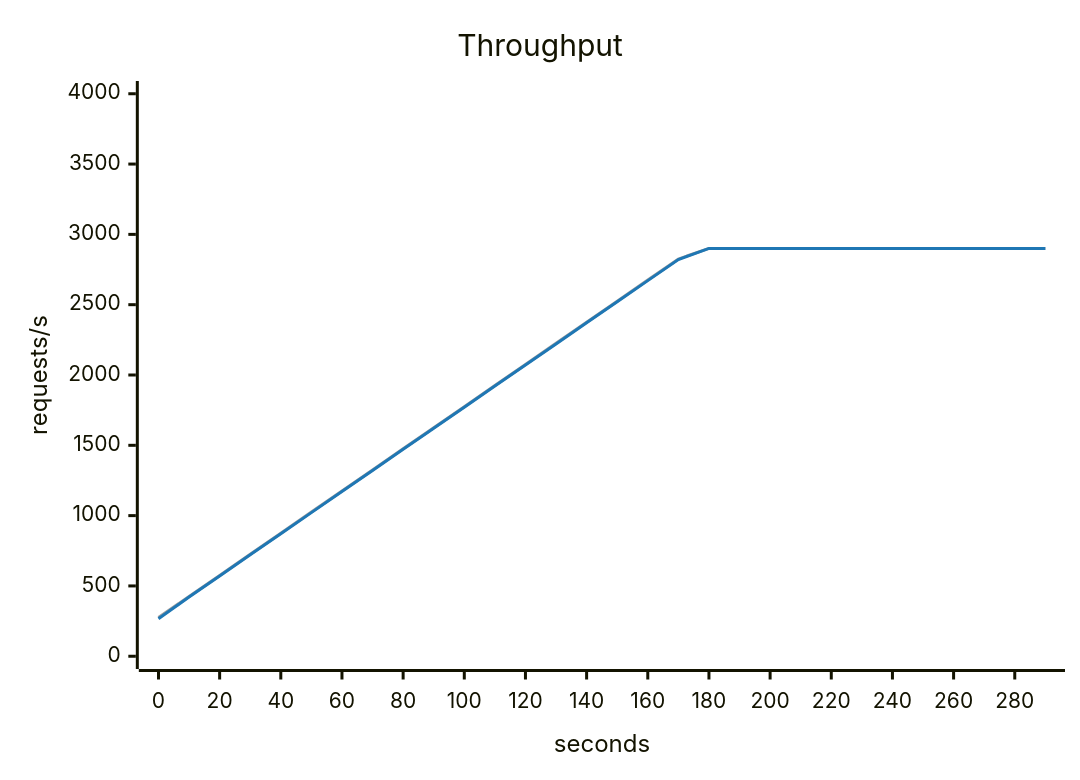
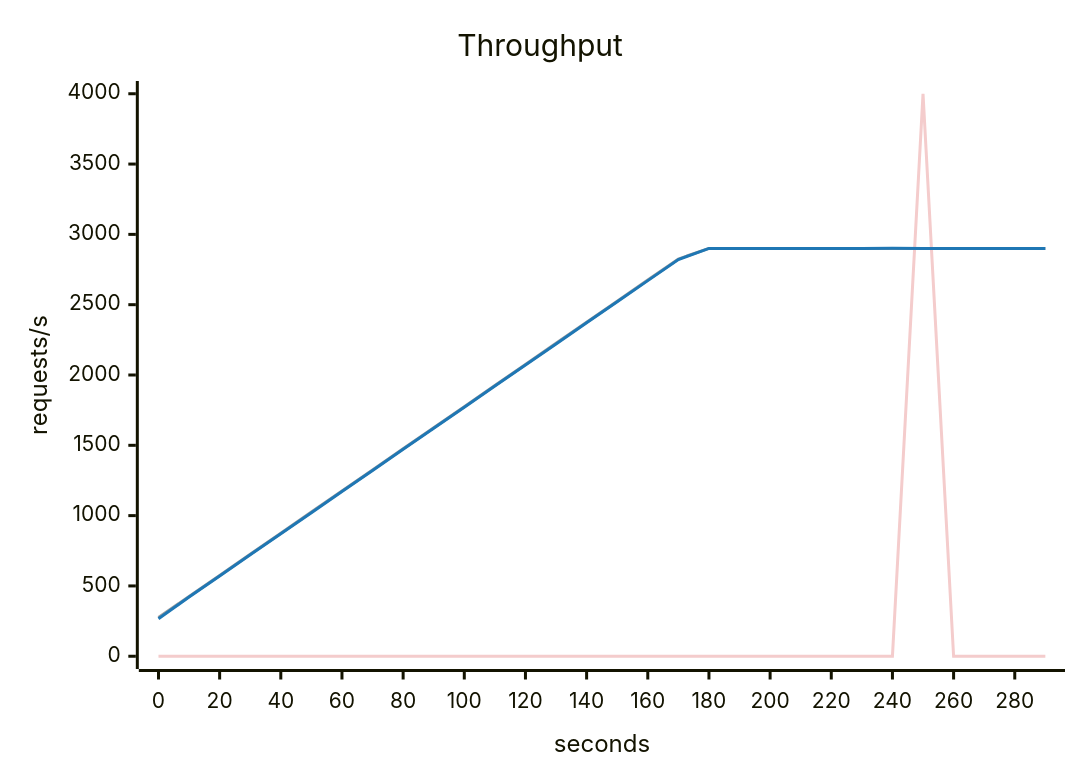
The second of 5 diagrams in scenarios/viral-post/solutions/cache-the-posts/report.md (akinfemi/load-lore), drawn with Mermaid before and after one commit. The commit also changed other lines of this file and 49 other files, not shown here.

````diff
--- a/scenarios/viral-post/solutions/cache-the-posts/report.md
+++ b/scenarios/viral-post/solutions/cache-the-posts/report.md
@@ -42,15 +42,16 @@
 ```mermaid
 ---
 config:
   themeVariables:
     xyChart:
       backgroundColor: "transparent"
-      plotColorPalette: "#9e9e9e, #1f77b4"
+      plotColorPalette: "#f4cccc, #9e9e9e, #1f77b4"
 ---
 xychart-beta
     title "Throughput"
     x-axis "seconds" 0 --> 290
     y-axis "requests/s" 0 --> 4000
+    line [0, 0, 0, 0, 0, 0, 0, 0, 0, 0, 0, 0, 0, 0, 0, 0, 0, 0, 0, 0, 0, 0, 0, 0, 0, 4000, 0, 0, 0, 0]
     line [275, 425, 575, 725, 875, 1025, 1175, 1325, 1475, 1625, 1775, 1925, 2075, 2225, 2375, 2525, 2675, 2825, 2900, 2900, 2900, 2900, 2900, 2900, 2900, 2900, 2900, 2900, 2900, 2900]
-    line [266.343, 421.243, 571.217, 721.203, 871.246, 1021.225, 1171.309, 1321.207, 1471.292, 1620.987, 1771.402, 1921.211, 2071.411, 2221.073, 2371.19, 2521.328, 2671.116, 2821.051, 2900.161, 2900.008, 2899.809, 2900.175, 2900.29, 2899.615, 2900.125, 2899.813, 2900.164, 2900.076, 2899.843, 2900.035]
+    line [266.081, 421.2, 571.109, 721.165, 871.243, 1021.183, 1170.962, 1321.005, 1471.462, 1621.307, 1770.943, 1921.177, 2071.348, 2221.125, 2371.047, 2521.054, 2671.004, 2821.091, 2900.228, 2900.203, 2899.804, 2899.72, 2900.276, 2899.429, 2900.582, 2899.924, 2900.271, 2899.617, 2900.174, 2899.921]
 ```
````
